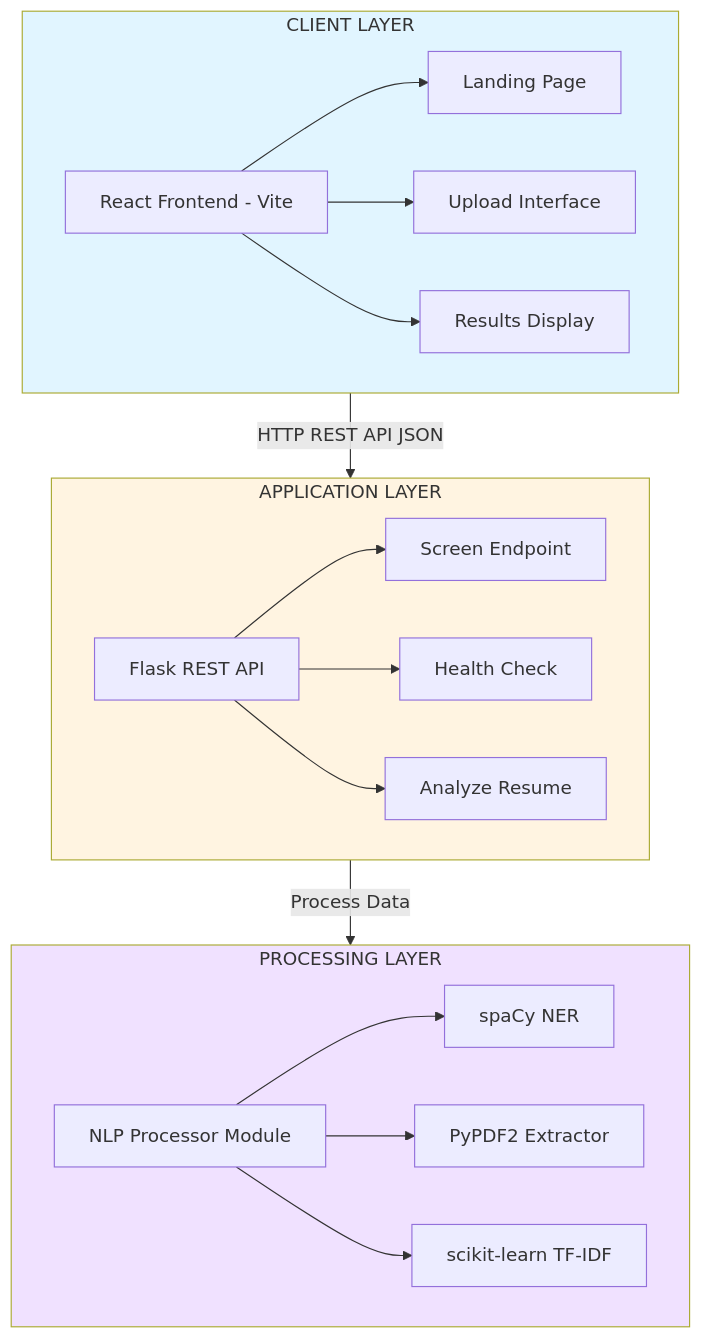
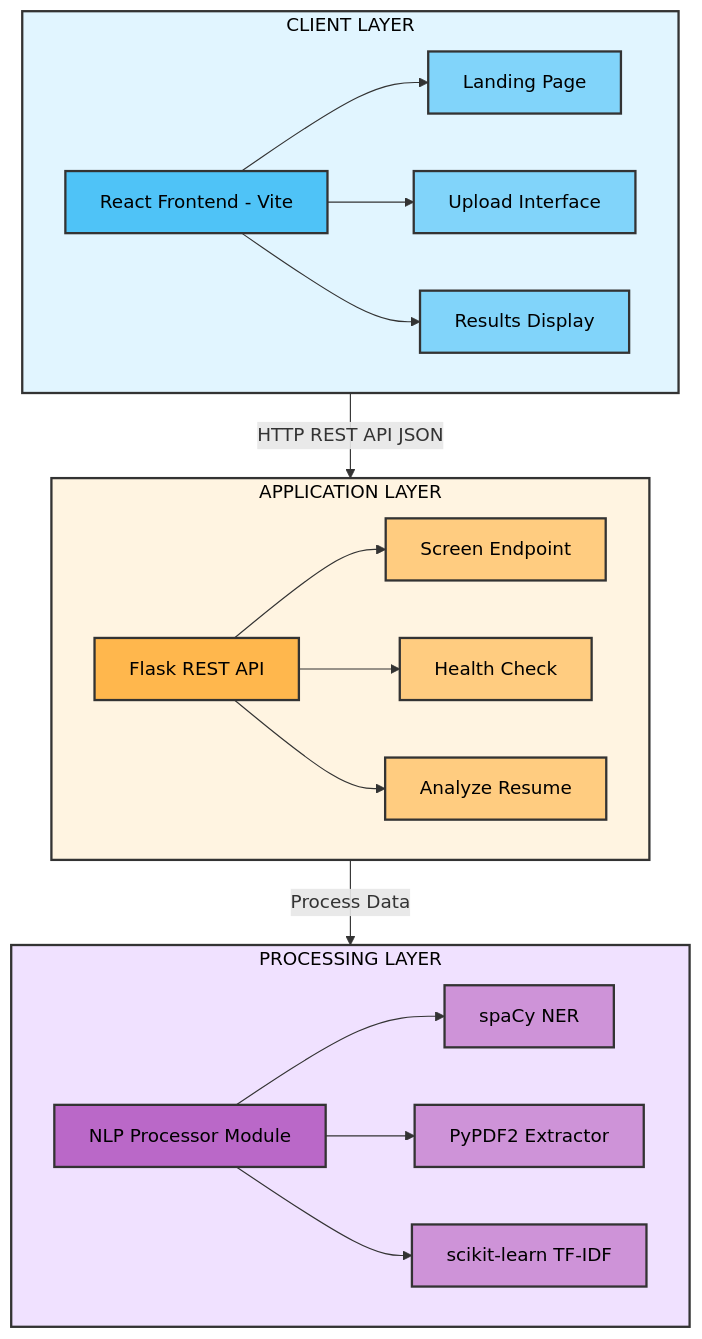
Before and after one commit to rohithuppala-code/Resume_Screening_System: the first of 3 diagrams in README.md, drawn with Mermaid. The commit also changed other lines of this file, not shown here.

````diff
--- a/README.md
+++ b/README.md
@@ -32,39 +32,51 @@
 ```mermaid
 graph TB
     subgraph CLIENT["CLIENT LAYER"]
         A[React Frontend - Vite]
         A1[Landing Page]
         A2[Upload Interface]
         A3[Results Display]
         A --> A1
         A --> A2
         A --> A3
     end
     
     subgraph APPLICATION["APPLICATION LAYER"]
         B[Flask REST API]
         B1[Screen Endpoint]
         B2[Health Check]
         B3[Analyze Resume]
         B --> B1
         B --> B2
         B --> B3
     end
     
     subgraph PROCESSING["PROCESSING LAYER"]
         C[NLP Processor Module]
         C1[spaCy NER]
         C2[PyPDF2 Extractor]
         C3[scikit-learn TF-IDF]
         C --> C1
         C --> C2
         C --> C3
     end
     
     CLIENT -->|HTTP REST API JSON| APPLICATION
     APPLICATION -->|Process Data| PROCESSING
     
-    style CLIENT fill:#e1f5ff
-    style APPLICATION fill:#fff4e1
-    style PROCESSING fill:#f0e1ff
+    style CLIENT fill:#e1f5ff,stroke:#333,stroke-width:2px,color:#000
+    style APPLICATION fill:#fff4e1,stroke:#333,stroke-width:2px,color:#000
+    style PROCESSING fill:#f0e1ff,stroke:#333,stroke-width:2px,color:#000
+    style A fill:#4fc3f7,stroke:#333,stroke-width:2px,color:#000
+    style A1 fill:#81d4fa,stroke:#333,stroke-width:2px,color:#000
+    style A2 fill:#81d4fa,stroke:#333,stroke-width:2px,color:#000
+    style A3 fill:#81d4fa,stroke:#333,stroke-width:2px,color:#000
+    style B fill:#ffb74d,stroke:#333,stroke-width:2px,color:#000
+    style B1 fill:#ffcc80,stroke:#333,stroke-width:2px,color:#000
+    style B2 fill:#ffcc80,stroke:#333,stroke-width:2px,color:#000
+    style B3 fill:#ffcc80,stroke:#333,stroke-width:2px,color:#000
+    style C fill:#ba68c8,stroke:#333,stroke-width:2px,color:#000
+    style C1 fill:#ce93d8,stroke:#333,stroke-width:2px,color:#000
+    style C2 fill:#ce93d8,stroke:#333,stroke-width:2px,color:#000
+    style C3 fill:#ce93d8,stroke:#333,stroke-width:2px,color:#000
 ```
````
